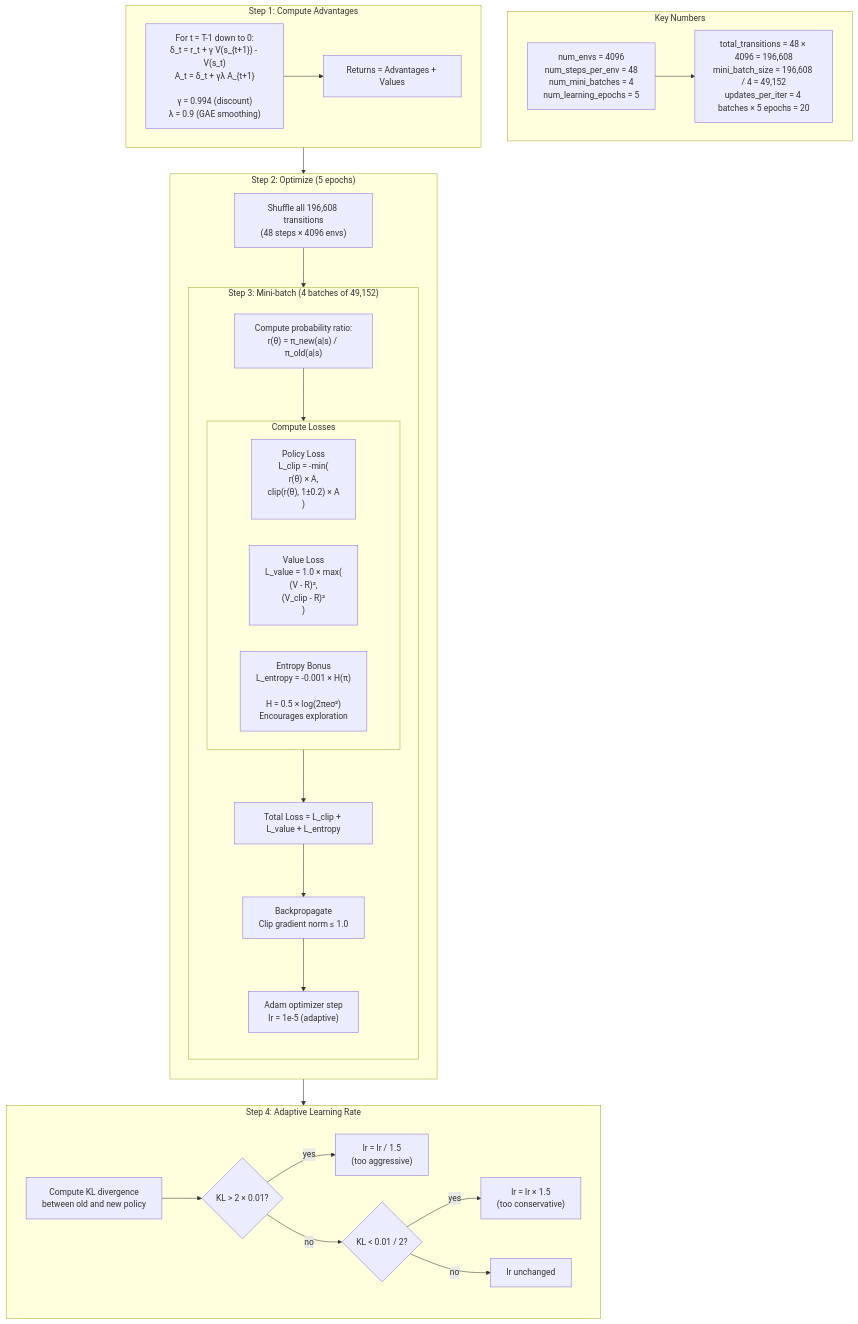
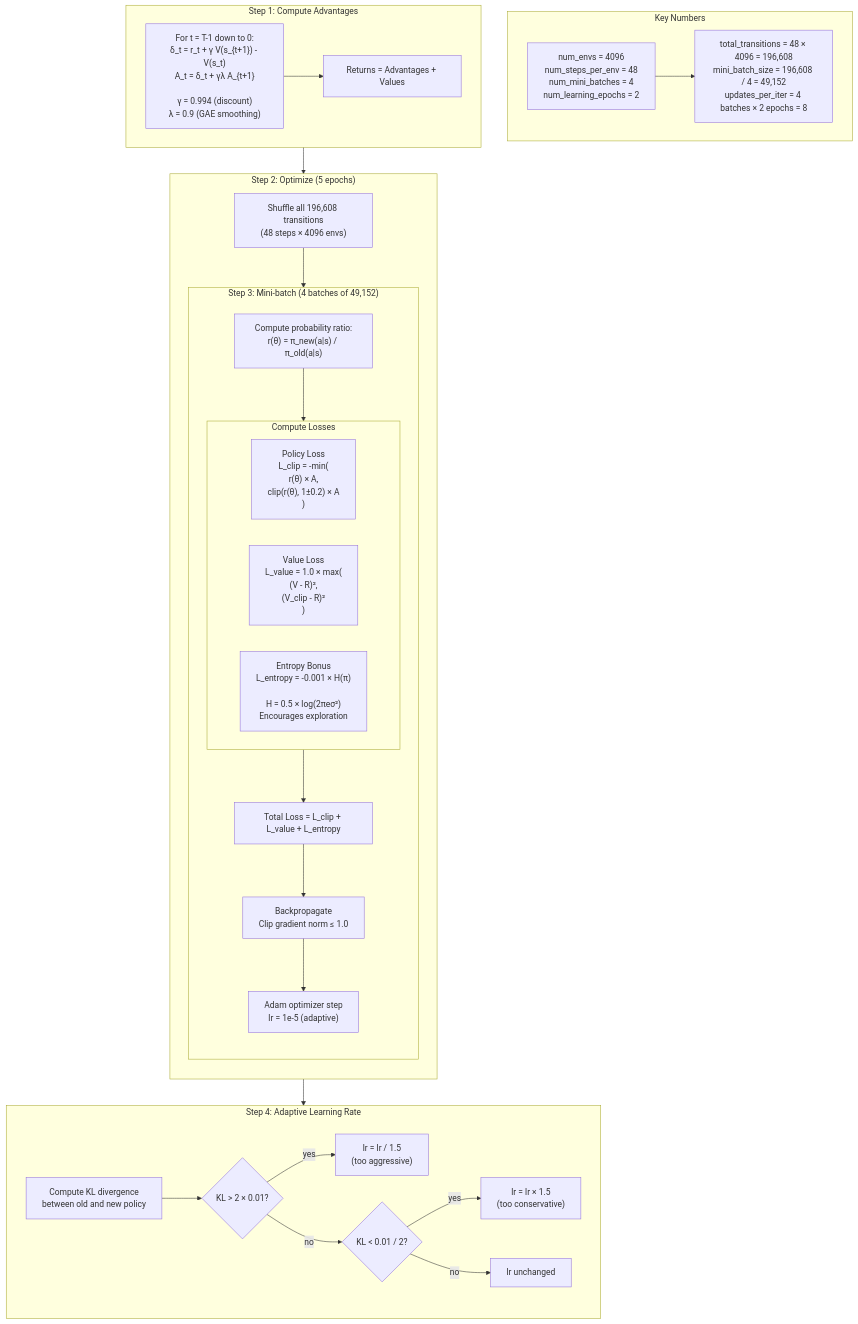
One commit to armmarov/armrobot changed the fifth of 9 diagrams in docs/PPO_NETWORK.md. Above: the diagram before and after it, drawn with Mermaid. The commit also changed other lines of this file and 2 other files, not shown here.

Commit message:
Run 21: Match EngineAI num_learning_epochs=2 to fix value loss spikes
Run 20 confirmed EngineAI reward weights cause 17K+ value loss spikes with
5 learning epochs. EngineAI uses 2 epochs — reduces gradient updates per
rollout from 20 to 8, preventing value function over-updating.

````diff
--- a/docs/PPO_NETWORK.md
+++ b/docs/PPO_NETWORK.md
@@ -160,56 +160,56 @@
 ```mermaid
 flowchart TB
     subgraph NUMBERS["Key Numbers"]
         direction LR
-        N1["num_envs = 4096<br/>num_steps_per_env = 48<br/>num_mini_batches = 4<br/>num_learning_epochs = 5"]
-        N2["total_transitions = 48 × 4096 = 196,608<br/>mini_batch_size = 196,608 / 4 = 49,152<br/>updates_per_iter = 4 batches × 5 epochs = 20"]
+        N1["num_envs = 4096<br/>num_steps_per_env = 48<br/>num_mini_batches = 4<br/>num_learning_epochs = 2"]
+        N2["total_transitions = 48 × 4096 = 196,608<br/>mini_batch_size = 196,608 / 4 = 49,152<br/>updates_per_iter = 4 batches × 2 epochs = 8"]
         N1 --> N2
     end
 
     subgraph GAE["Step 1: Compute Advantages"]
         G1["For t = T-1 down to 0:<br/>δ_t = r_t + γ V(s_{t+1}) - V(s_t)<br/>A_t = δ_t + γλ A_{t+1}<br/><br/>γ = 0.994 (discount)<br/>λ = 0.9 (GAE smoothing)"]
         G2["Returns = Advantages + Values"]
         G1 --> G2
     end
 
     subgraph EPOCHS["Step 2: Optimize (5 epochs)"]
         direction TB
         SHUFFLE["Shuffle all 196,608 transitions<br/>(48 steps × 4096 envs)"]
 
         subgraph MB["Step 3: Mini-batch (4 batches of 49,152)"]
             direction TB
             RATIO["Compute probability ratio:<br/>r(θ) = π_new(a|s) / π_old(a|s)"]
 
             subgraph LOSSES["Compute Losses"]
                 direction LR
                 PL["Policy Loss<br/>L_clip = -min(<br/>  r(θ) × A,<br/>  clip(r(θ), 1±0.2) × A<br/>)"]
                 VL["Value Loss<br/>L_value = 1.0 × max(<br/>  (V - R)²,<br/>  (V_clip - R)²<br/>)"]
                 EL["Entropy Bonus<br/>L_entropy = -0.001 × H(π)<br/><br/>H = 0.5 × log(2πeσ²)<br/>Encourages exploration"]
             end
 
             TOTAL["Total Loss = L_clip + L_value + L_entropy"]
             GRAD["Backpropagate<br/>Clip gradient norm ≤ 1.0"]
             STEP["Adam optimizer step<br/>lr = 1e-5 (adaptive)"]
 
             RATIO --> LOSSES --> TOTAL --> GRAD --> STEP
         end
 
         SHUFFLE --> MB
     end
 
     subgraph KL["Step 4: Adaptive Learning Rate"]
         KL1["Compute KL divergence<br/>between old and new policy"]
         KL2{"KL > 2 × 0.01?"}
         KL3["lr = lr / 1.5<br/>(too aggressive)"]
         KL4{"KL < 0.01 / 2?"}
         KL5["lr = lr × 1.5<br/>(too conservative)"]
         KL6["lr unchanged"]
         KL1 --> KL2
         KL2 -->|yes| KL3
         KL2 -->|no| KL4
         KL4 -->|yes| KL5
         KL4 -->|no| KL6
     end
 
     GAE --> EPOCHS --> KL
 ```
````
